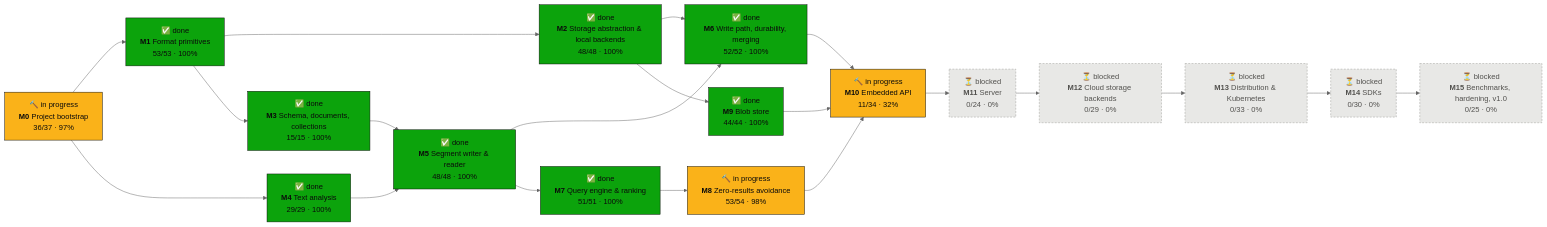
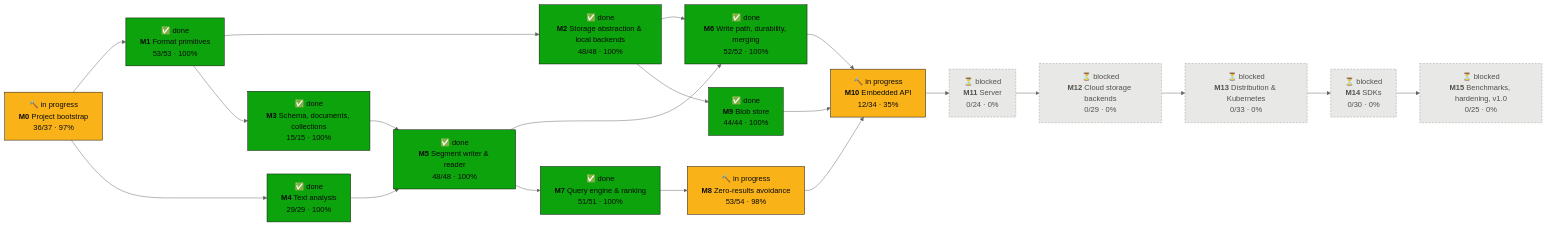
Before and after one commit to tomiok/persiaDB: the first of 2 diagrams in PROGRESS.md, drawn with Mermaid (neutral theme). The commit also changed other lines of this file and 11 other files, not shown here.

````diff
--- a/PROGRESS.md
+++ b/PROGRESS.md
@@ -16,42 +16,42 @@
 ```mermaid
 flowchart LR
   M0["🔨 in progress<br/><b>M0</b> Project bootstrap<br/>36/37 · 97%"]:::doing
   M1["✅ done<br/><b>M1</b> Format primitives<br/>53/53 · 100%"]:::done
   M2["✅ done<br/><b>M2</b> Storage abstraction & local backends<br/>48/48 · 100%"]:::done
   M3["✅ done<br/><b>M3</b> Schema, documents, collections<br/>15/15 · 100%"]:::done
   M4["✅ done<br/><b>M4</b> Text analysis<br/>29/29 · 100%"]:::done
   M5["✅ done<br/><b>M5</b> Segment writer & reader<br/>48/48 · 100%"]:::done
   M6["✅ done<br/><b>M6</b> Write path, durability, merging<br/>52/52 · 100%"]:::done
   M7["✅ done<br/><b>M7</b> Query engine & ranking<br/>51/51 · 100%"]:::done
   M8["🔨 in progress<br/><b>M8</b> Zero-results avoidance<br/>53/54 · 98%"]:::doing
   M9["✅ done<br/><b>M9</b> Blob store<br/>44/44 · 100%"]:::done
-  M10["🔨 in progress<br/><b>M10</b> Embedded API<br/>11/34 · 32%"]:::doing
+  M10["🔨 in progress<br/><b>M10</b> Embedded API<br/>12/34 · 35%"]:::doing
   M11["⏳ blocked<br/><b>M11</b> Server<br/>0/24 · 0%"]:::blocked
   M12["⏳ blocked<br/><b>M12</b> Cloud storage backends<br/>0/29 · 0%"]:::blocked
   M13["⏳ blocked<br/><b>M13</b> Distribution & Kubernetes<br/>0/33 · 0%"]:::blocked
   M14["⏳ blocked<br/><b>M14</b> SDKs<br/>0/30 · 0%"]:::blocked
   M15["⏳ blocked<br/><b>M15</b> Benchmarks, hardening, v1.0<br/>0/25 · 0%"]:::blocked
   M0 --> M1
   M1 --> M2
   M1 --> M3
   M0 --> M4
   M3 --> M5
   M4 --> M5
   M2 --> M6
   M5 --> M6
   M5 --> M7
   M7 --> M8
   M2 --> M9
   M6 --> M10
   M8 --> M10
   M9 --> M10
   M10 --> M11
   M11 --> M12
   M12 --> M13
   M13 --> M14
   M14 --> M15
   classDef done fill:#0ca30c,stroke:#0b0b0b,color:#0b0b0b
   classDef doing fill:#fab219,stroke:#0b0b0b,color:#0b0b0b
   classDef ready fill:#fcfcfb,stroke:#0b0b0b,stroke-width:2px,color:#0b0b0b
   classDef blocked fill:#e8e8e6,stroke:#9a9a96,stroke-dasharray:4 3,color:#52514e
 ```
````
